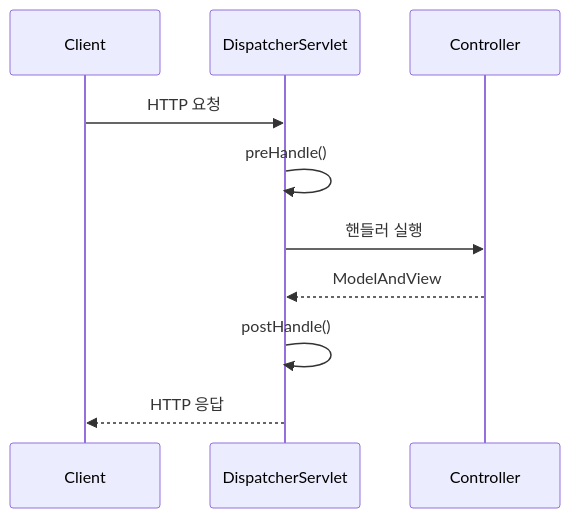
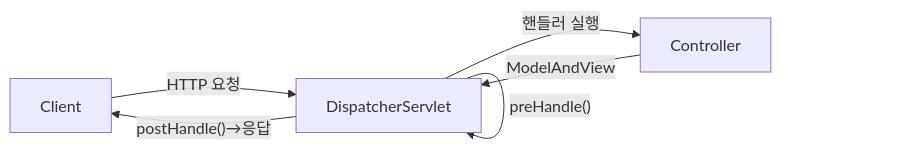
Before and after one commit to yjkim2015/yjkim2015.github.io: the third of 8 diagrams in _posts/spring/2026-05-02-spring-interceptor.md, drawn with Mermaid. The commit also changed other lines of this file and 32 other files, not shown here.

First line of the commit message:
sequenceDiagram 82개 → graph LR 변환 완료

````diff
--- a/_posts/spring/2026-05-02-spring-interceptor.md
+++ b/_posts/spring/2026-05-02-spring-interceptor.md
@@ -326,12 +326,8 @@
 ```mermaid
-sequenceDiagram
-    participant C as Client
-    participant DS as DispatcherServlet
-    participant CT as Controller
-    C->>DS: HTTP 요청
-    DS->>DS: preHandle()
-    DS->>CT: 핸들러 실행
-    CT-->>DS: ModelAndView
-    DS->>DS: postHandle()
-    DS-->>C: HTTP 응답
+graph LR
+    C["Client"] -->|"HTTP 요청"| DS["DispatcherServlet"]
+    DS -->|"preHandle()"| DS
+    DS -->|"핸들러 실행"| CT["Controller"]
+    CT -->|"ModelAndView"| DS
+    DS -->|"postHandle()→응답"| C
 ```
````
